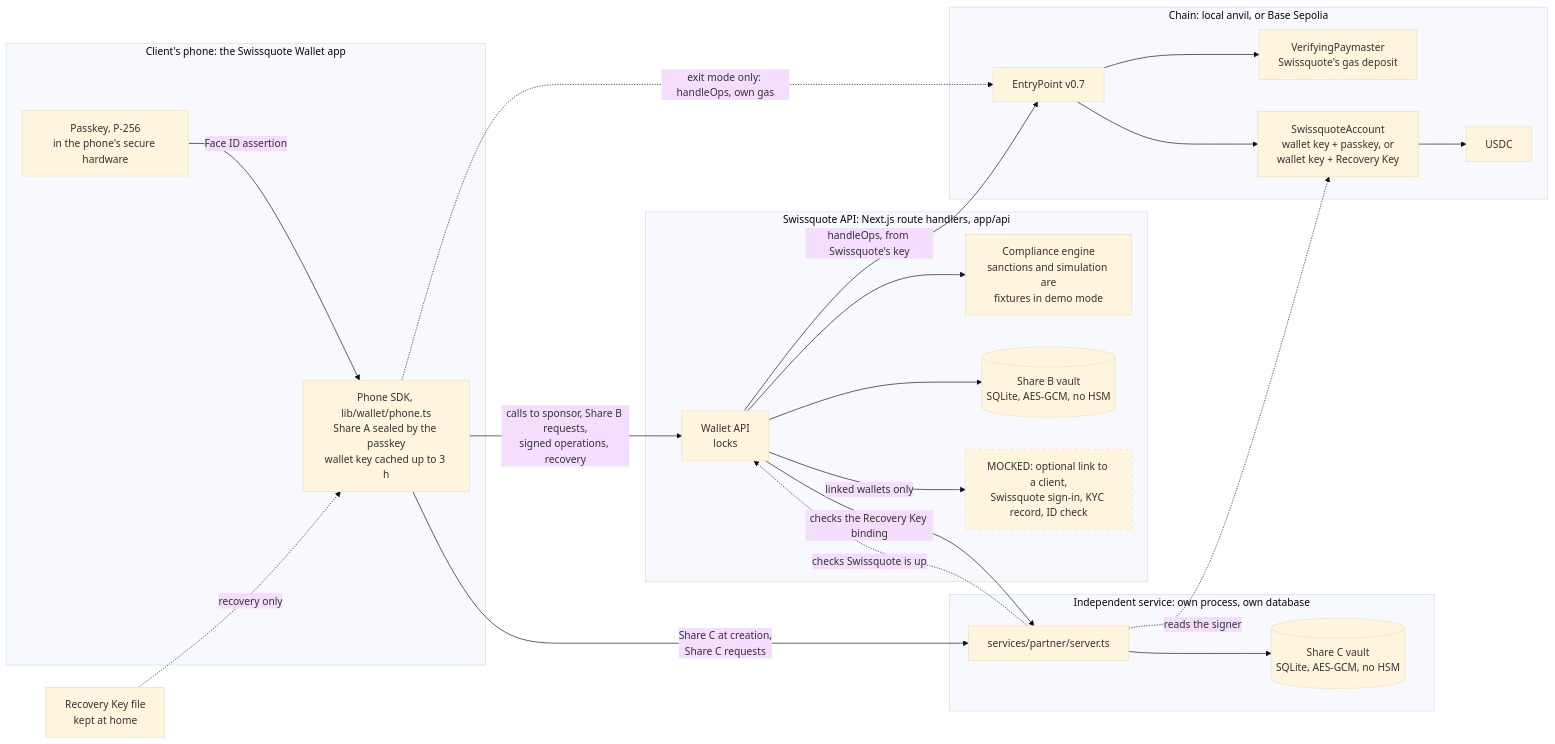
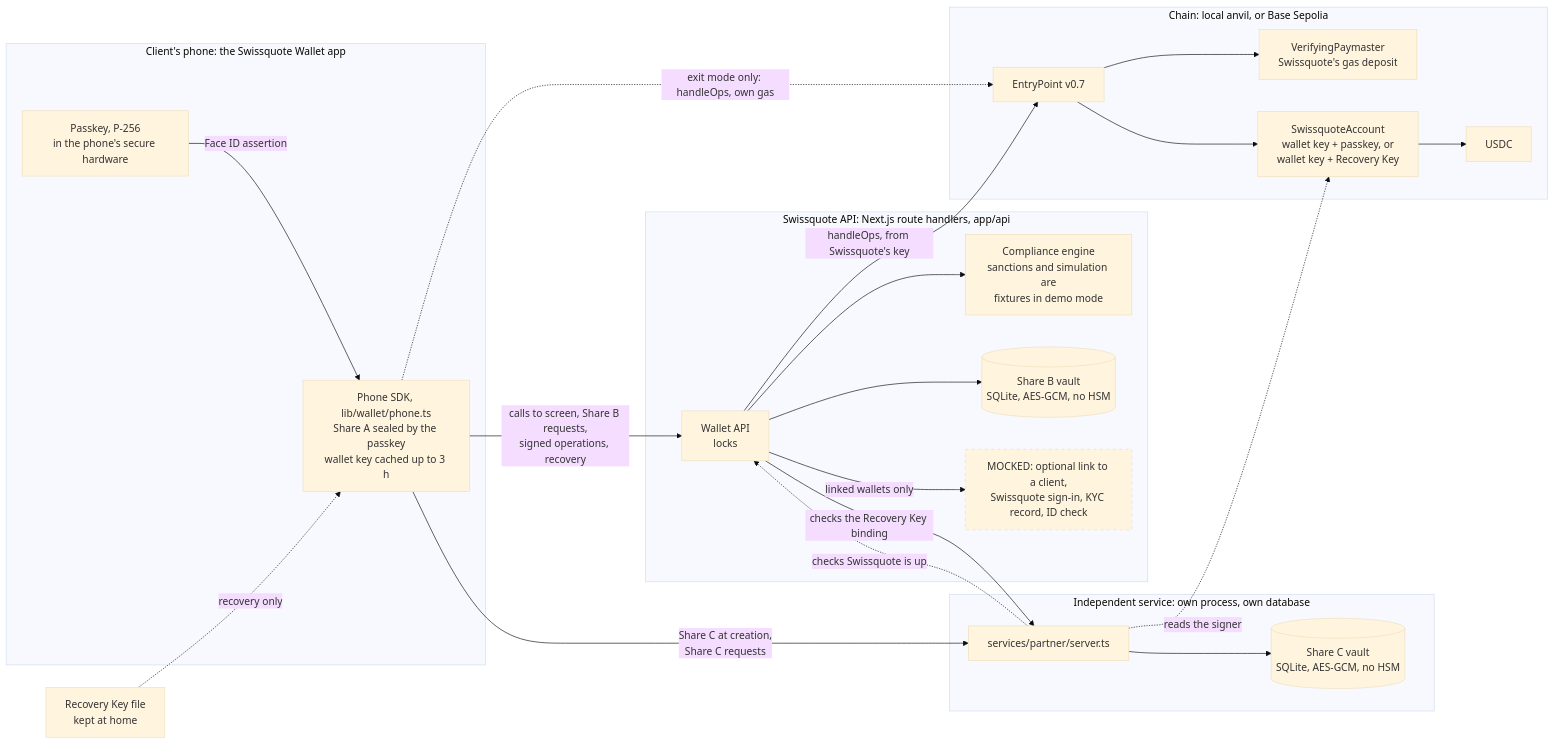
Before and after one commit to elazdi-al/bsa-the-hackathon: the diagram in README.md, drawn with Mermaid (base theme). The commit also changed other lines of this file and 7 other files, not shown here.

````diff
--- a/README.md
+++ b/README.md
@@ -91,46 +91,46 @@
 ```mermaid
 flowchart LR
   subgraph phone["Client's phone: the Swissquote Wallet app"]
     sdk["Phone SDK, lib/wallet/phone.ts<br/>Share A sealed by the passkey<br/>wallet key cached up to 3 h"]
     pk["Passkey, P-256<br/>in the phone's secure hardware"]
   end
   rk["Recovery Key file<br/>kept at home"]
 
   subgraph sq["Swissquote API: Next.js route handlers, app/api"]
     api["Wallet API<br/>locks"]
     comp["Compliance engine<br/>sanctions and simulation are<br/>fixtures in demo mode"]
     vb[("Share B vault<br/>SQLite, AES-GCM, no HSM")]
     kyc["MOCKED: optional link to a client,<br/>Swissquote sign-in, KYC record, ID check"]:::mock
   end
 
   subgraph ind["Independent service: own process, own database"]
     partner["services/partner/server.ts"]
     vc[("Share C vault<br/>SQLite, AES-GCM, no HSM")]
   end
 
   subgraph chain["Chain: local anvil, or Base Sepolia"]
     ep["EntryPoint v0.7"]
     pay["VerifyingPaymaster<br/>Swissquote's gas deposit"]
     acc["SwissquoteAccount<br/>wallet key + passkey, or<br/>wallet key + Recovery Key"]
     usdc["USDC"]
   end
 
   pk -- "Face ID assertion" --> sdk
   rk -. "recovery only" .-> sdk
-  sdk -- "calls to sponsor, Share B requests,<br/>signed operations, recovery" --> api
+  sdk -- "calls to screen, Share B requests,<br/>signed operations, recovery" --> api
   sdk -- "Share C at creation,<br/>Share C requests" --> partner
   api --> comp
   api --> vb
   api -- "linked wallets only" --> kyc
   api -- "checks the Recovery Key binding" --> partner
   partner -. "checks Swissquote is up" .-> api
   partner --> vc
   api -- "handleOps, from Swissquote's key" --> ep
   ep --> pay
   ep --> acc
   acc --> usdc
   partner -. "reads the signer" .-> acc
   sdk -. "exit mode only: handleOps, own gas" .-> ep
 
   classDef mock stroke-dasharray: 5 5
 ```
````
